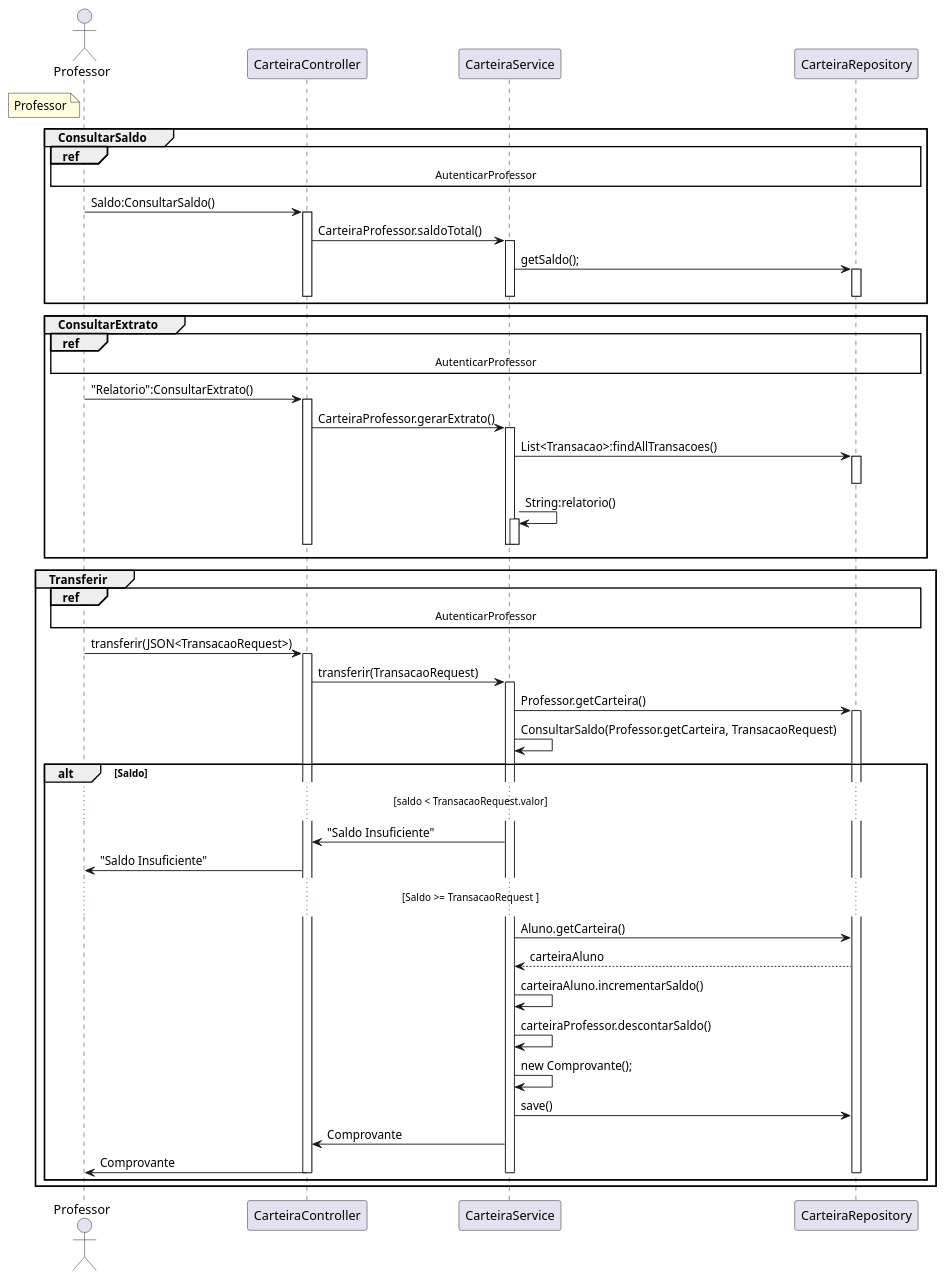
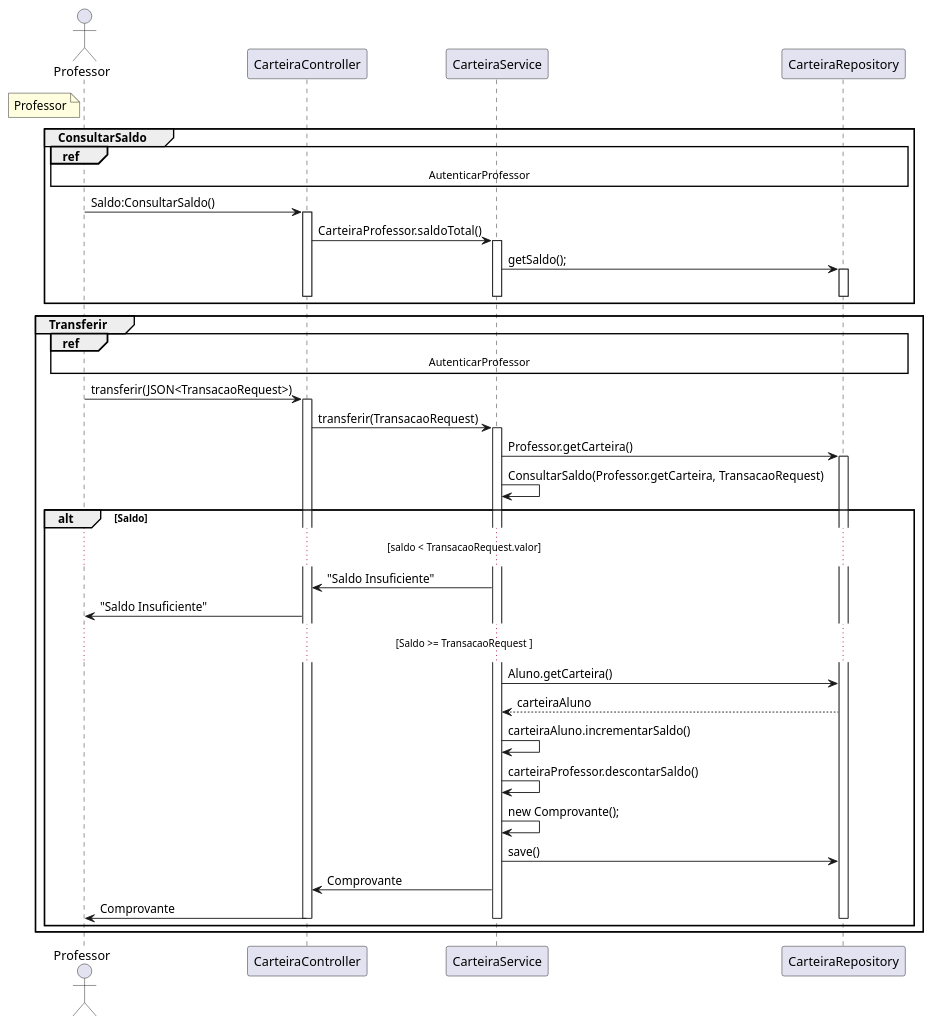
Before and after one commit to G4BR-13-L/lab-desenvolvimento-de-software: the diagram in laboratorio-4/sprint-3/projeto/plantuml/sequencia/Professor.plantuml, drawn with PlantUML. The commit also changed 1 other file, not shown here.

Commit message:
Troca de moedas no diagrama

```diff
--- a/laboratorio-4/sprint-3/projeto/plantuml/sequencia/Professor.plantuml
+++ b/laboratorio-4/sprint-3/projeto/plantuml/sequencia/Professor.plantuml
@@ -1,73 +1,57 @@
 @startuml Professor
 
 actor "Professor" as Professor
 note left of Professor #LightYellow
     Professor
 end note
 
 participant "CarteiraController" as CarteiraController
 participant "CarteiraService" as CarteiraService
 participant "CarteiraRepository" as CarteiraRepository
 
 group ConsultarSaldo
     ref over Professor,CarteiraController, CarteiraService, CarteiraRepository : AutenticarProfessor
     Professor -> CarteiraController : Saldo:ConsultarSaldo()
     activate CarteiraController
     CarteiraController -> CarteiraService : CarteiraProfessor.saldoTotal()
     activate CarteiraService
     CarteiraService -> CarteiraRepository : getSaldo();
     activate CarteiraRepository
     deactivate CarteiraRepository
-    deactivate CarteiraService
-    deactivate CarteiraController
-end
-
-group ConsultarExtrato
-    ref over Professor,CarteiraController, CarteiraService, CarteiraRepository : AutenticarProfessor
-    Professor -> CarteiraController : "Relatorio":ConsultarExtrato()
-    activate CarteiraController
-    CarteiraController -> CarteiraService : CarteiraProfessor.gerarExtrato()
-    activate CarteiraService
-    CarteiraService -> CarteiraRepository : List<Transacao>:findAllTransacoes()
-    activate CarteiraRepository
-    deactivate CarteiraRepository
-    CarteiraService -> CarteiraService : String:relatorio()
-    activate CarteiraService
-    deactivate CarteiraService
     deactivate CarteiraService
     deactivate CarteiraController
 end
 
 group Transferir
     ref over Professor,CarteiraController, CarteiraService, CarteiraRepository : AutenticarProfessor
     Professor -> CarteiraController : transferir(JSON<TransacaoRequest>)
     activate CarteiraController
     CarteiraController -> CarteiraService : transferir(TransacaoRequest)
     activate CarteiraService
     CarteiraService -> CarteiraRepository : Professor.getCarteira()
     activate CarteiraRepository
     CarteiraService -> CarteiraService : ConsultarSaldo(Professor.getCarteira, TransacaoRequest)
     alt Saldo
         ...[saldo < TransacaoRequest.valor]...
         CarteiraService -> CarteiraController : "Saldo Insuficiente"
         CarteiraController -> Professor : "Saldo Insuficiente"
         ...[Saldo >= TransacaoRequest ]...
         CarteiraService -> CarteiraRepository : Aluno.getCarteira()
         CarteiraRepository --> CarteiraService : carteiraAluno 
         CarteiraService -> CarteiraService : carteiraAluno.incrementarSaldo()
         CarteiraService -> CarteiraService : carteiraProfessor.descontarSaldo()
         CarteiraService -> CarteiraService : new Comprovante();
         CarteiraService -> CarteiraRepository : save()
         CarteiraService -> CarteiraController : Comprovante
         CarteiraController -> Professor : Comprovante
     deactivate CarteiraRepository
     deactivate CarteiraService
     deactivate CarteiraController
     end
 end
 ' --> Sincrono
 ' -->> Assincrono
 ' <-- Retorno Sincrono
 ' <<-- Retorno Assíncrono
 
 @enduml
```
